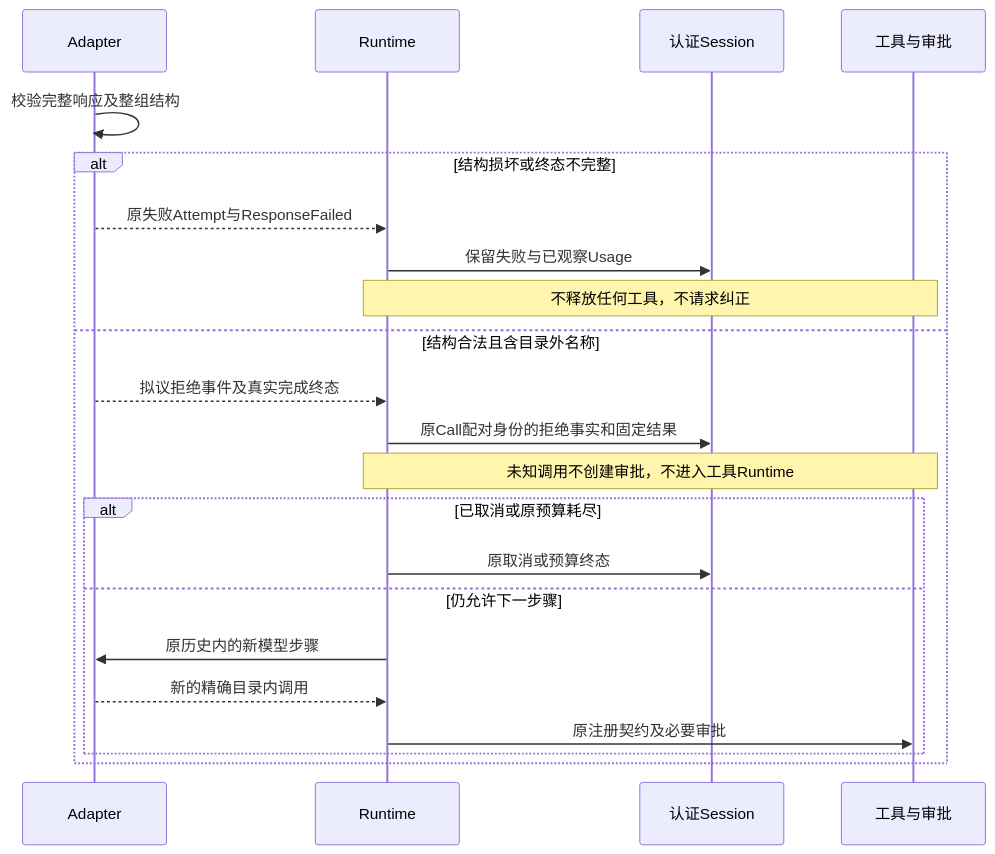
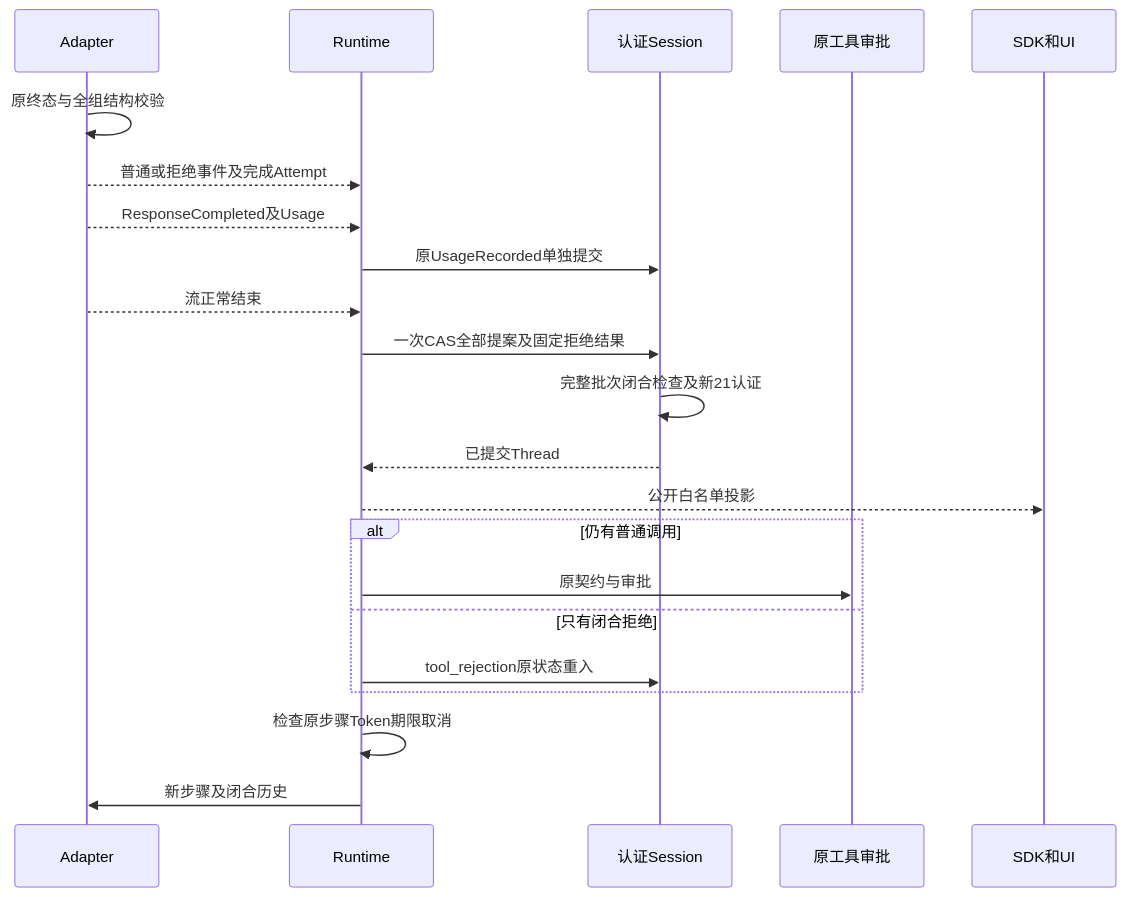
One commit to carrie1988/Harnessix changed the second of 4 diagrams in docs/changes/m09-r3-unknown-tool-recovery.md. Above: the diagram before and after it, drawn with Mermaid. The commit also changed other lines of this file and 99 other files, not shown here.

````diff
--- a/docs/changes/m09-r3-unknown-tool-recovery.md
+++ b/docs/changes/m09-r3-unknown-tool-recovery.md
@@ -121,24 +111,24 @@
 ```mermaid
 sequenceDiagram
-    participant P as Adapter
+    participant A as Adapter
     participant R as Runtime
     participant S as 认证Session
-    participant T as 工具与审批
-    P->>P: 校验完整响应及整组结构
-    alt 结构损坏或终态不完整
-        P-->>R: 原失败Attempt与ResponseFailed
-        R->>S: 保留失败与已观察Usage
-        Note over R,T: 不释放任何工具，不请求纠正
-    else 结构合法且含目录外名称
-        P-->>R: 拟议拒绝事件及真实完成终态
-        R->>S: 原Call配对身份的拒绝事实和固定结果
-        Note over R,T: 未知调用不创建审批，不进入工具Runtime
-        alt 已取消或原预算耗尽
-            R->>S: 原取消或预算终态
-        else 仍允许下一步骤
-            R->>P: 原历史内的新模型步骤
-            P-->>R: 新的精确目录内调用
-            R->>T: 原注册契约及必要审批
-        end
+    participant T as 原工具审批
+    participant C as SDK和UI
+    A->>A: 原终态与全组结构校验
+    A-->>R: 普通或拒绝事件及完成Attempt
+    A-->>R: ResponseCompleted及Usage
+    R->>S: 原UsageRecorded单独提交
+    A-->>R: 流正常结束
+    R->>S: 一次CAS全部提案及固定拒绝结果
+    S->>S: 完整批次闭合检查及新21认证
+    S-->>R: 已提交Thread
+    R-->>C: 公开白名单投影
+    alt 仍有普通调用
+        R->>T: 原契约与审批
+    else 只有闭合拒绝
+        R->>S: tool_rejection原状态重入
     end
+    R->>R: 检查原步骤Token期限取消
+    R->>A: 新步骤及闭合历史
 ```
````
